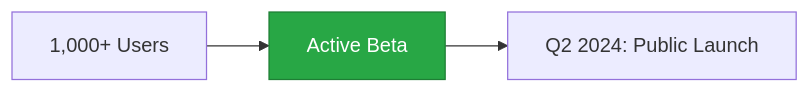
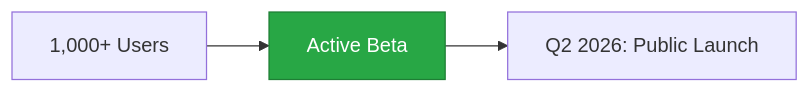
One commit to nxtwrld/aouros-www changed the diagram in src/content/www/en/beta.md. Above: the diagram before and after it, drawn with Mermaid.

Commit message:
Fixed release timeline

````diff
--- a/src/content/www/en/beta.md
+++ b/src/content/www/en/beta.md
@@ -30,7 +30,7 @@
 ```mermaid
 graph LR
     A[1,000+ Users] --> B[Active Beta]
-    B --> C[Q2 2024: Public Launch]
+    B --> C[Q2 2026: Public Launch]
 
     style B fill:#28a745,stroke:#1e7e34,color:#fff
 ```
````
